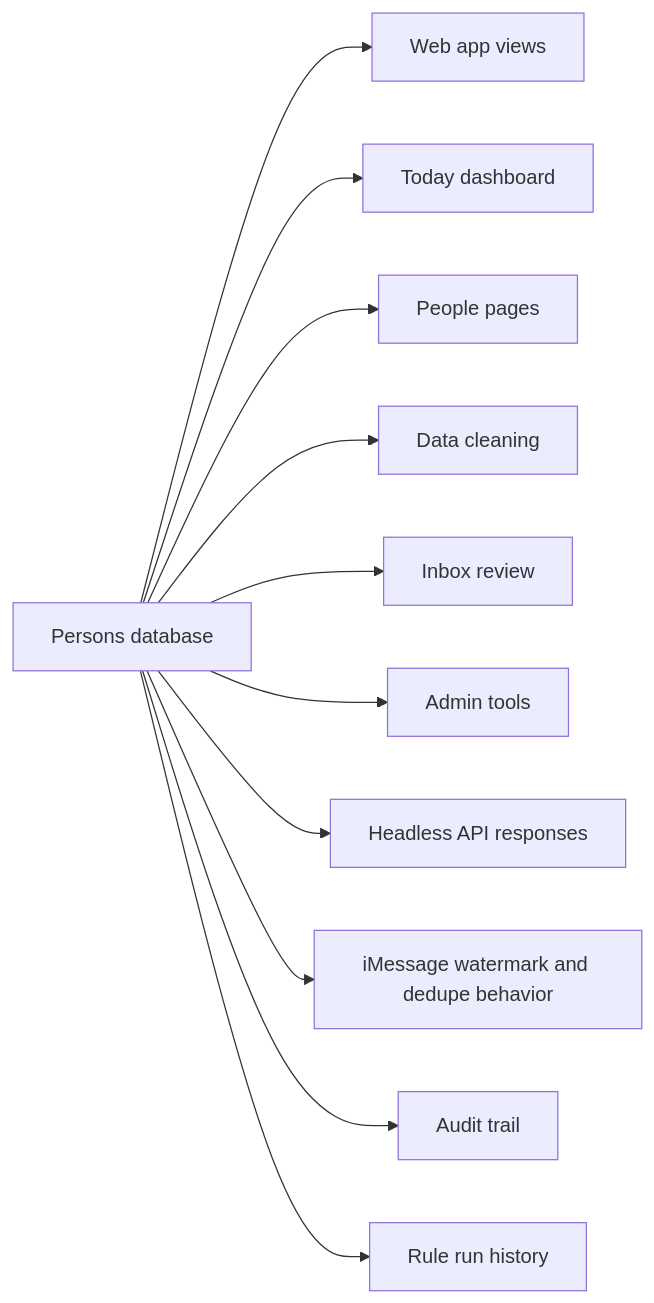
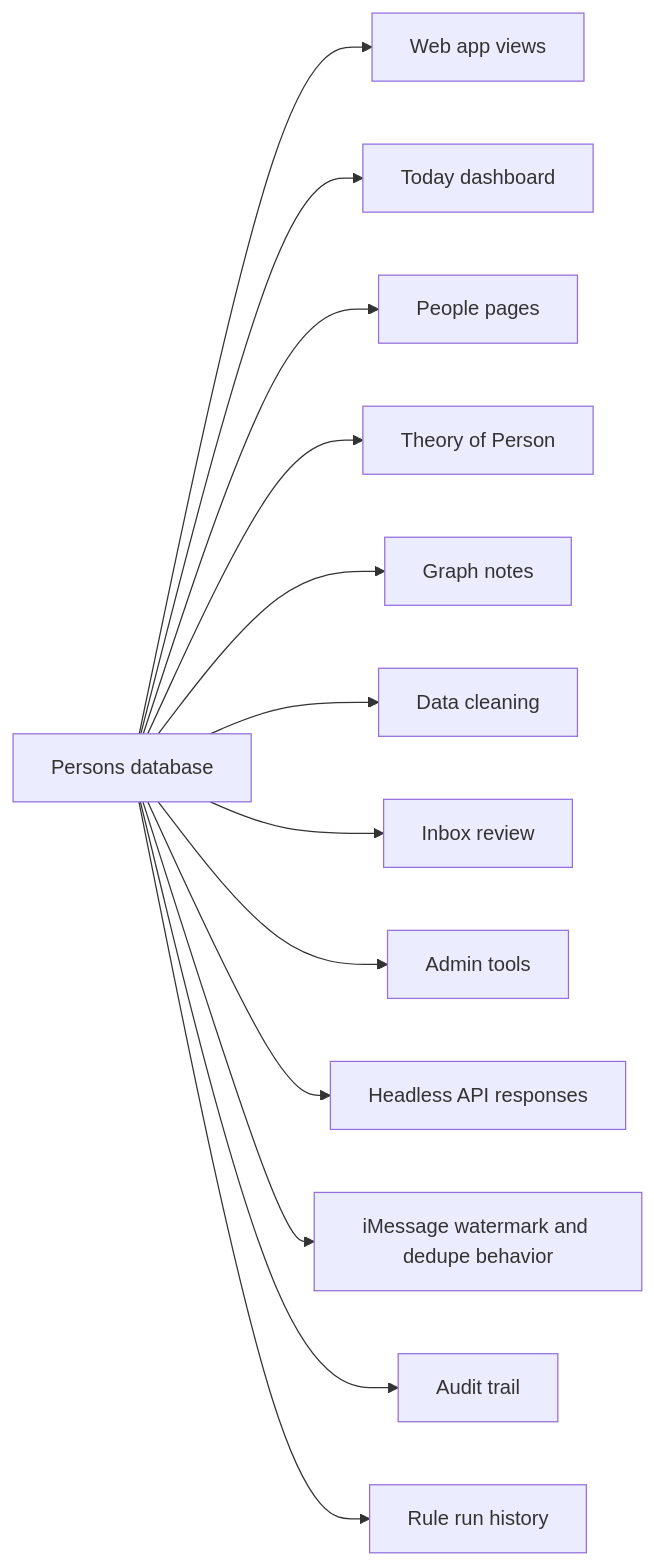
Diagram 21 of 24 in docs/PERSONS_ARCHITECTURE.md (josephdfryer/life-os), drawn with Mermaid before and after one commit. The commit also changed other lines of this file and 32 other files, not shown here.

````diff
--- a/docs/PERSONS_ARCHITECTURE.md
+++ b/docs/PERSONS_ARCHITECTURE.md
@@ -945,13 +983,15 @@
 ```mermaid
 flowchart LR
   DB["Persons database"] --> UI["Web app views"]
   DB --> Today["Today dashboard"]
   DB --> People["People pages"]
+  DB --> Theory["Theory of Person"]
+  DB --> Notes["Graph notes"]
   DB --> Cleanup["Data cleaning"]
   DB --> Inbox["Inbox review"]
   DB --> Admin["Admin tools"]
   DB --> API["Headless API responses"]
   DB --> WatcherState["iMessage watermark and dedupe behavior"]
   DB --> Audit["Audit trail"]
   DB --> RuleHistory["Rule run history"]
 ```
````
